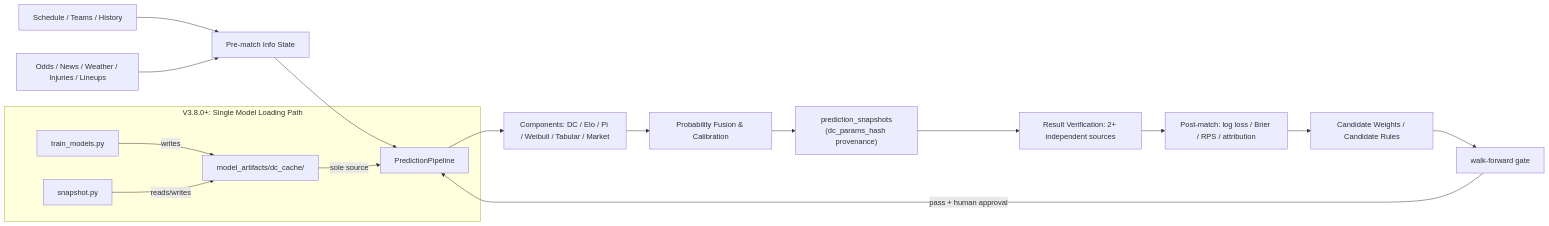
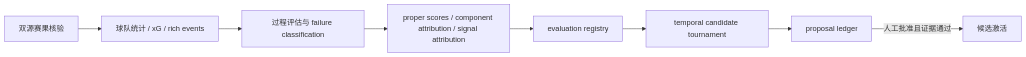
One commit to AndyDu0921/wc26-predict changed the second of 2 diagrams in README.md. Above: the diagram before and after it, drawn with Mermaid. The commit also changed other lines of this file and 170 other files, not shown here.

Commit message:
V4.12.0-alpha: harden canonical prediction and evaluation

````diff
--- a/README.md
+++ b/README.md
@@ -409,20 +77,10 @@
 ```mermaid
 flowchart LR
-  A["Schedule / Teams / History"] --> B["Pre-match Info State"]
-  C["Odds / News / Weather / Injuries / Lineups"] --> B
-  B --> D["PredictionPipeline"]
-  D --> E["Components: DC / Elo / Pi / Weibull / Tabular / Market"]
-  E --> F["Probability Fusion & Calibration"]
-  F --> G["prediction_snapshots<br/>(dc_params_hash provenance)"]
-  G --> H["Result Verification: 2+ independent sources"]
-  H --> I["Post-match: log loss / Brier / RPS / attribution"]
-  I --> J["Candidate Weights / Candidate Rules"]
-  J --> K["walk-forward gate"]
-  K -->|pass + human approval| D
-
-  subgraph "V3.8.0+: Single Model Loading Path"
-    L["model_artifacts/dc_cache/"] -->|"sole source"| D
-    M["train_models.py"] -->|"writes"| L
-    N["snapshot.py"] -->|"reads/writes"| L
-  end
+  R["双源赛果核验"] --> X["球队统计 / xG / rich events"]
+  X --> E["过程评估与 failure classification"]
+  E --> L["proper scores / component attribution / signal attribution"]
+  L --> G["evaluation registry"]
+  G --> T["temporal candidate tournament"]
+  T --> Q["proposal ledger"]
+  Q -->|"人工批准且证据通过"| A["候选激活"]
 ```
````
